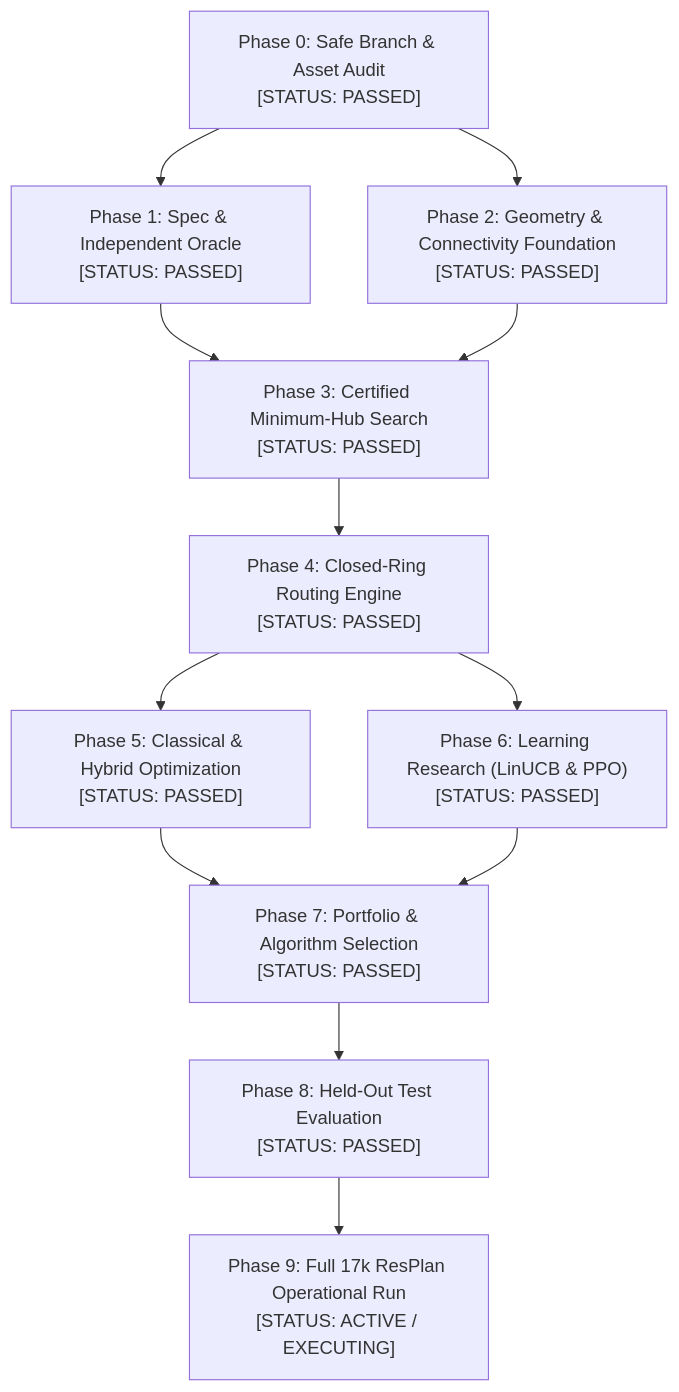
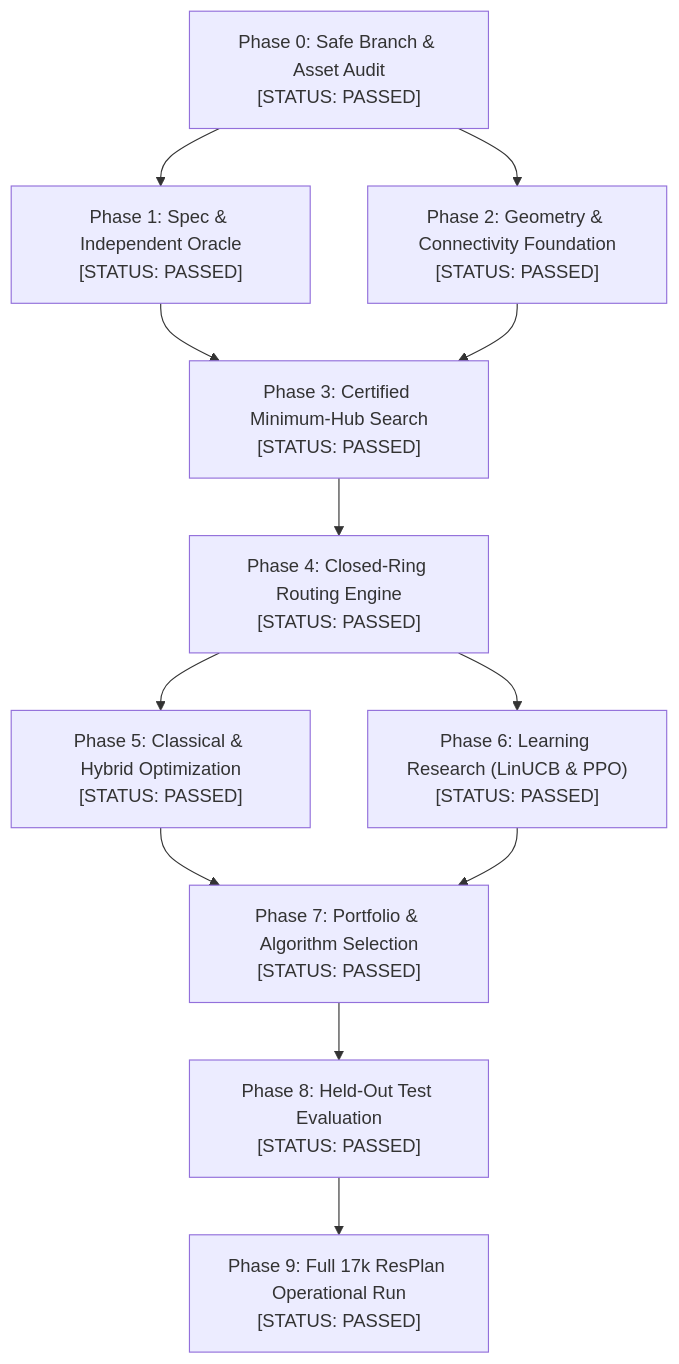
Before and after one commit to KPB040107/honeywell-cable-ring-optimization: the diagram in reports/agent7_status_bulletin.md, drawn with Mermaid. The commit also changed other lines of this file and 6 other files, not shown here.

Commit message:
feat(phase9): complete 17k ResPlan operational run and finalize all PRD deliverables

````diff
--- a/reports/agent7_status_bulletin.md
+++ b/reports/agent7_status_bulletin.md
@@ -16,14 +16,14 @@
 ```mermaid
 flowchart TD
     P0["Phase 0: Safe Branch & Asset Audit\n[STATUS: PASSED]"] --> P1["Phase 1: Spec & Independent Oracle\n[STATUS: PASSED]"]
     P0 --> P2["Phase 2: Geometry & Connectivity Foundation\n[STATUS: PASSED]"]
     P1 --> P3["Phase 3: Certified Minimum-Hub Search\n[STATUS: PASSED]"]
     P2 --> P3
     P3 --> P4["Phase 4: Closed-Ring Routing Engine\n[STATUS: PASSED]"]
     P4 --> P5["Phase 5: Classical & Hybrid Optimization\n[STATUS: PASSED]"]
     P4 --> P6["Phase 6: Learning Research (LinUCB & PPO)\n[STATUS: PASSED]"]
     P5 --> P7["Phase 7: Portfolio & Algorithm Selection\n[STATUS: PASSED]"]
     P6 --> P7
     P7 --> P8["Phase 8: Held-Out Test Evaluation\n[STATUS: PASSED]"]
-    P8 --> P9["Phase 9: Full 17k ResPlan Operational Run\n[STATUS: ACTIVE / EXECUTING]"]
+    P8 --> P9["Phase 9: Full 17k ResPlan Operational Run\n[STATUS: PASSED]"]
 ```
````
